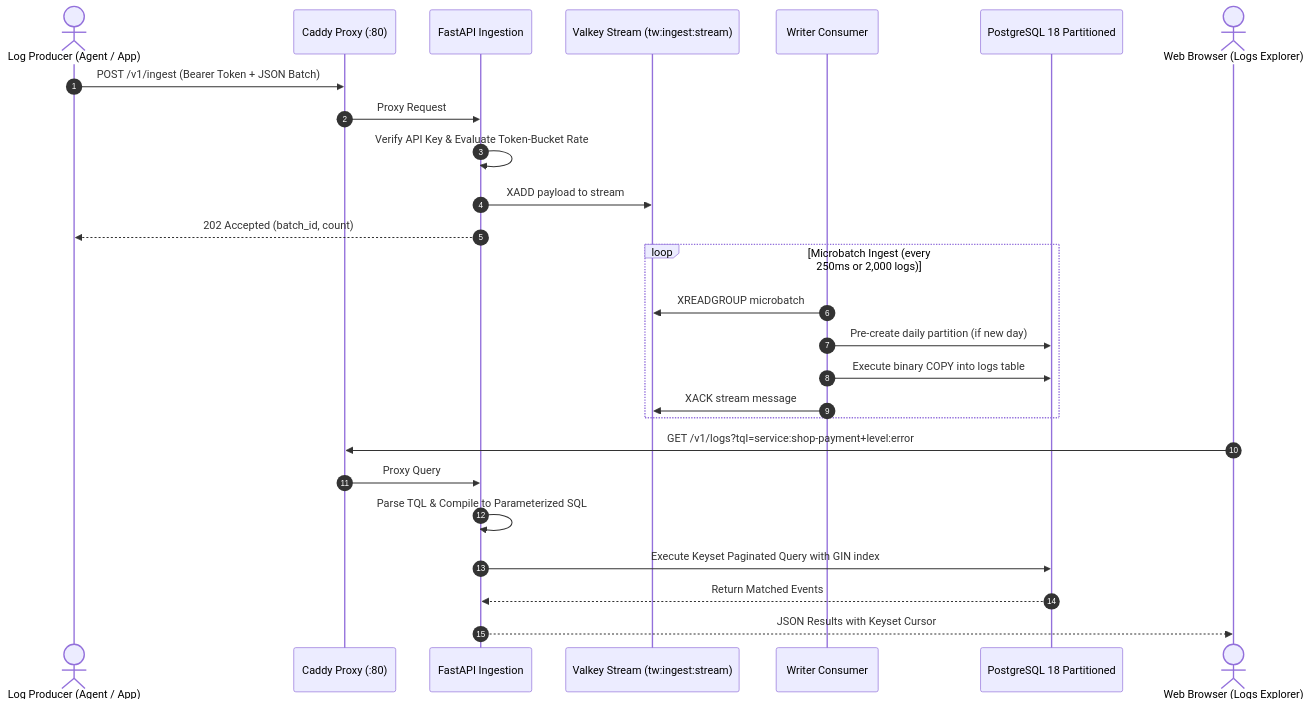
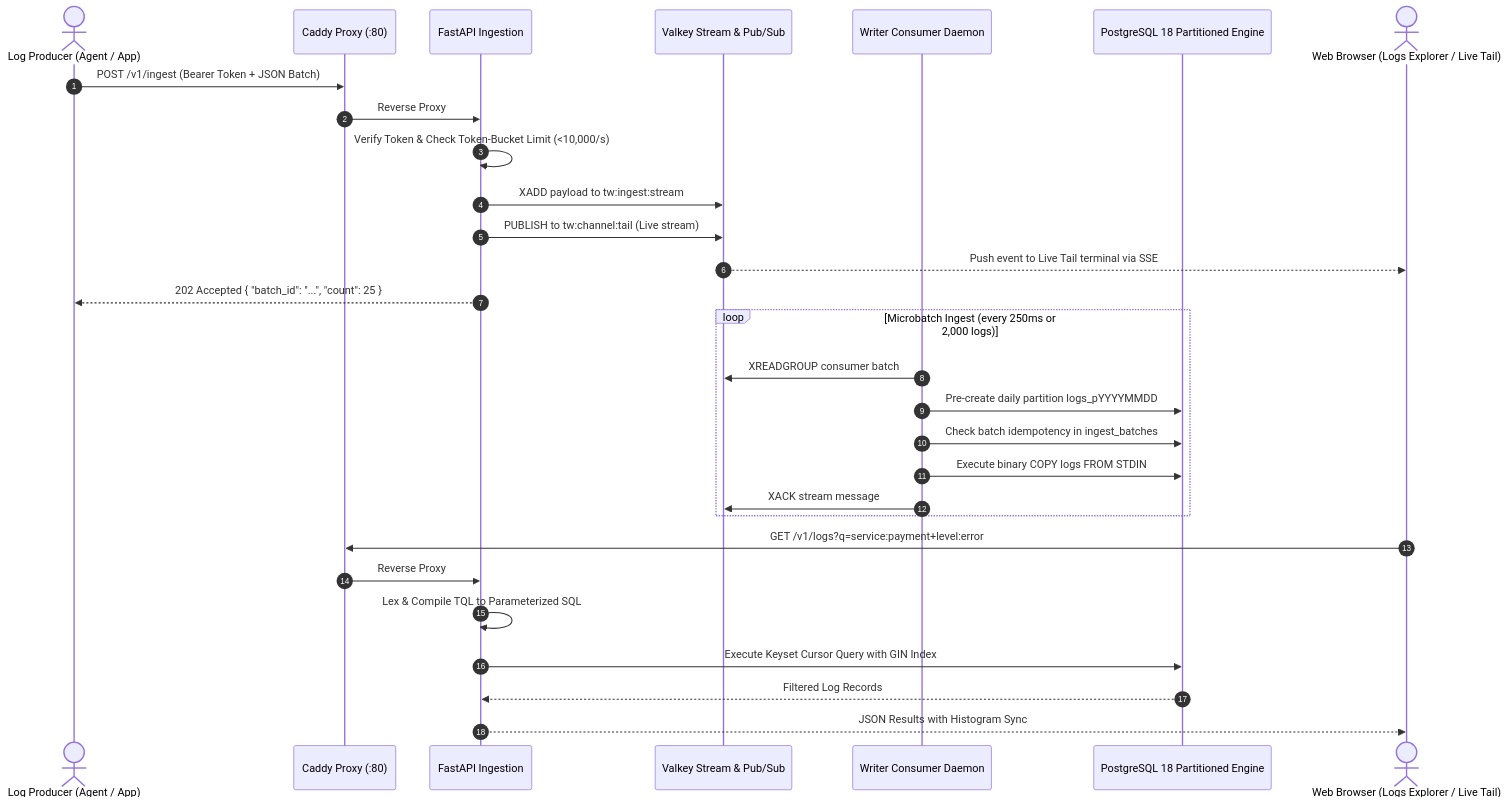
One commit to ADI-2707/Tailwatch changed the second of 2 diagrams in README.md. Above: the diagram before and after it, drawn with Mermaid. The commit also changed other lines of this file and 5 other files, not shown here.

Commit message:
docs: update root and subsystem readmes with flowcharts, architecture diagrams, and component trees

````diff
--- a/README.md
+++ b/README.md
@@ -48,31 +50,34 @@
 ```mermaid
 sequenceDiagram
     autonumber
     actor Client as Log Producer (Agent / App)
     participant Caddy as Caddy Proxy (:80)
     participant API as FastAPI Ingestion
-    participant Valkey as Valkey Stream (tw:ingest:stream)
-    participant Writer as Writer Consumer
-    participant DB as PostgreSQL 18 Partitioned
-    actor Browser as Web Browser (Logs Explorer)
+    participant Valkey as Valkey Stream & Pub/Sub
+    participant Writer as Writer Consumer Daemon
+    participant DB as PostgreSQL 18 Partitioned Engine
+    actor Browser as Web Browser (Logs Explorer / Live Tail)
 
     Client->>Caddy: POST /v1/ingest (Bearer Token + JSON Batch)
-    Caddy->>API: Proxy Request
-    API->>API: Verify API Key & Evaluate Token-Bucket Rate
-    API->>Valkey: XADD payload to stream
-    API-->>Client: 202 Accepted (batch_id, count)
-    
+    Caddy->>API: Reverse Proxy
+    API->>API: Verify Token & Check Token-Bucket Limit (<10,000/s)
+    API->>Valkey: XADD payload to tw:ingest:stream
+    API->>Valkey: PUBLISH to tw:channel:tail (Live stream)
+    Valkey-->>Browser: Push event to Live Tail terminal via SSE
+    API-->>Client: 202 Accepted { "batch_id": "...", "count": 25 }
+
     loop Microbatch Ingest (every 250ms or 2,000 logs)
-        Writer->>Valkey: XREADGROUP microbatch
-        Writer->>DB: Pre-create daily partition (if new day)
-        Writer->>DB: Execute binary COPY into logs table
+        Writer->>Valkey: XREADGROUP consumer batch
+        Writer->>DB: Pre-create daily partition logs_pYYYYMMDD
+        Writer->>DB: Check batch idempotency in ingest_batches
+        Writer->>DB: Execute binary COPY logs FROM STDIN
         Writer->>Valkey: XACK stream message
     end
 
-    Browser->>Caddy: GET /v1/logs?tql=service:shop-payment+level:error
-    Caddy->>API: Proxy Query
-    API->>API: Parse TQL & Compile to Parameterized SQL
-    API->>DB: Execute Keyset Paginated Query with GIN index
-    DB-->>API: Return Matched Events
-    API-->>Browser: JSON Results with Keyset Cursor
+    Browser->>Caddy: GET /v1/logs?q=service:payment+level:error
+    Caddy->>API: Reverse Proxy
+    API->>API: Lex & Compile TQL to Parameterized SQL
+    API->>DB: Execute Keyset Cursor Query with GIN Index
+    DB-->>API: Filtered Log Records
+    API-->>Browser: JSON Results with Histogram Sync
 ```
````
